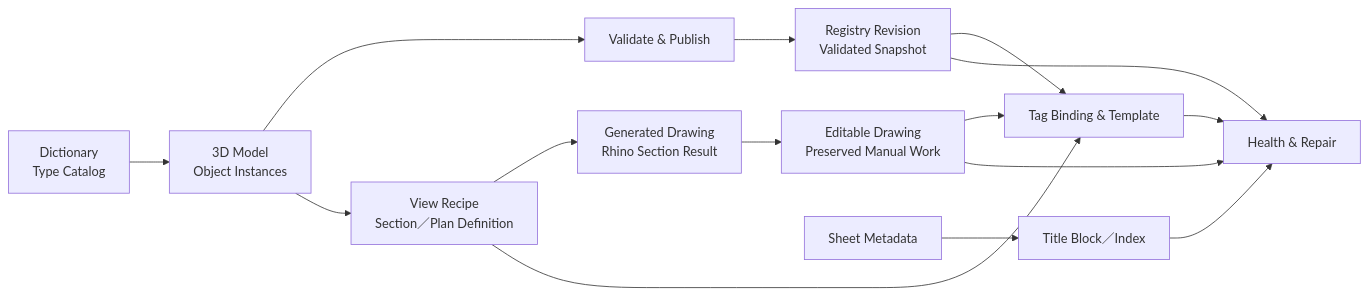
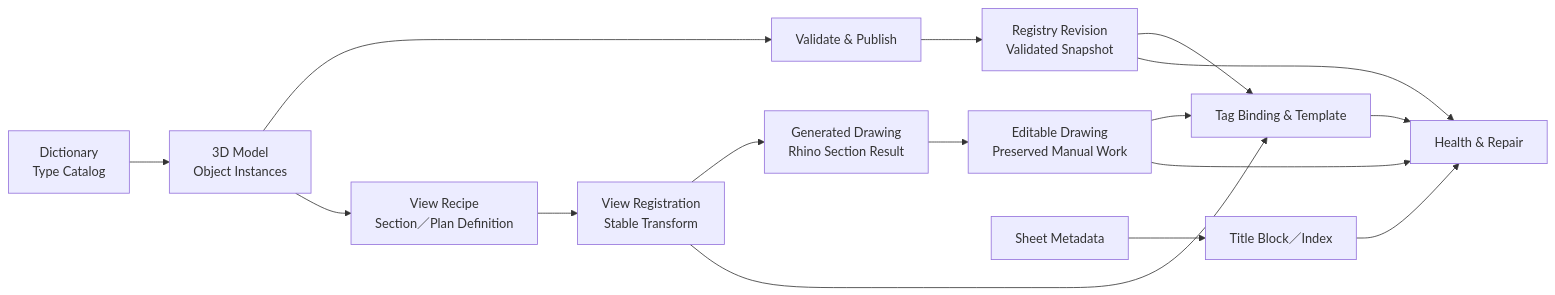
Before and after one commit to ChihyuTsai-Oli/LoopFlow: the diagram in wip/docs/architecture/LOOPFLOW_DATA_ECOSYSTEM.md, drawn with Mermaid. The commit also changed other lines of this file and 5 other files, not shown here.

````diff
--- a/wip/docs/architecture/LOOPFLOW_DATA_ECOSYSTEM.md
+++ b/wip/docs/architecture/LOOPFLOW_DATA_ECOSYSTEM.md
@@ -35,20 +42,21 @@
 ```mermaid
 flowchart LR
     D["Dictionary<br/>Type Catalog"] --> M["3D Model<br/>Object Instances"]
     M --> V["Validate & Publish"]
     V --> R["Registry Revision<br/>Validated Snapshot"]
 
     M --> VR["View Recipe<br/>Section／Plan Definition"]
-    VR --> GD["Generated Drawing<br/>Rhino Section Result"]
+    VR --> RG["View Registration<br/>Stable Transform"]
+    RG --> GD["Generated Drawing<br/>Rhino Section Result"]
     GD --> ED["Editable Drawing<br/>Preserved Manual Work"]
 
     R --> TG["Tag Binding & Template"]
-    VR --> TG
+    RG --> TG
     ED --> TG
 
     SH["Sheet Metadata"] --> TB["Title Block／Index"]
     TG --> HL["Health & Repair"]
     TB --> HL
     R --> HL
     ED --> HL
 ```
````
